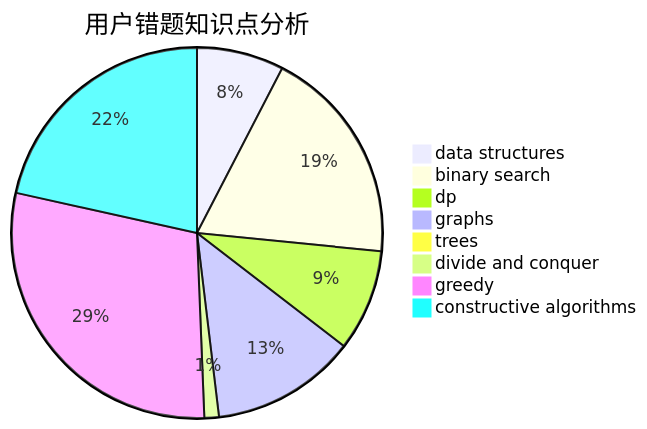
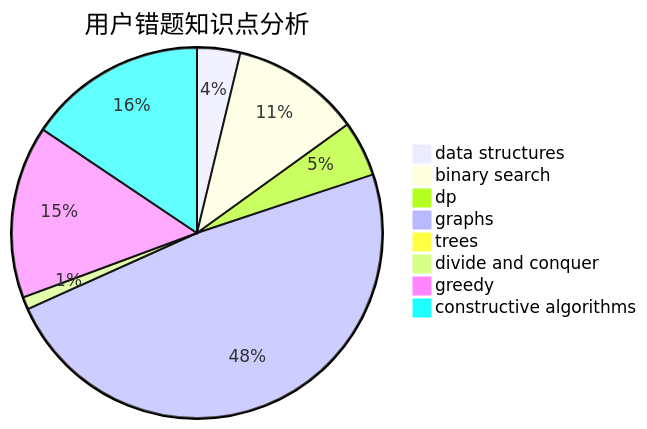
One commit to sherpahu/cfrs.github.io changed the third of 3 diagrams in docs/user/u2536.md. Above: the diagram before and after it, drawn with Mermaid. The commit also changed other lines of this file and 2770 other files, not shown here.

````diff
--- a/docs/user/u2536.md
+++ b/docs/user/u2536.md
@@ -36,11 +36,11 @@
 ```mermaid
 pie title 用户错题知识点分析
-    "data structures" :  6
-    "binary search" :  15
-    "dp" :  7
-    "graphs" :  10
+    "data structures" :  7
+    "binary search" :  21
+    "dp" :  9
+    "graphs" :  90
     "trees" :  0
-    "divide and conquer" :  1
-    "greedy" :  23
-    "constructive algorithms" :  17
+    "divide and conquer" :  2
+    "greedy" :  28
+    "constructive algorithms" :  29
 ```
````
